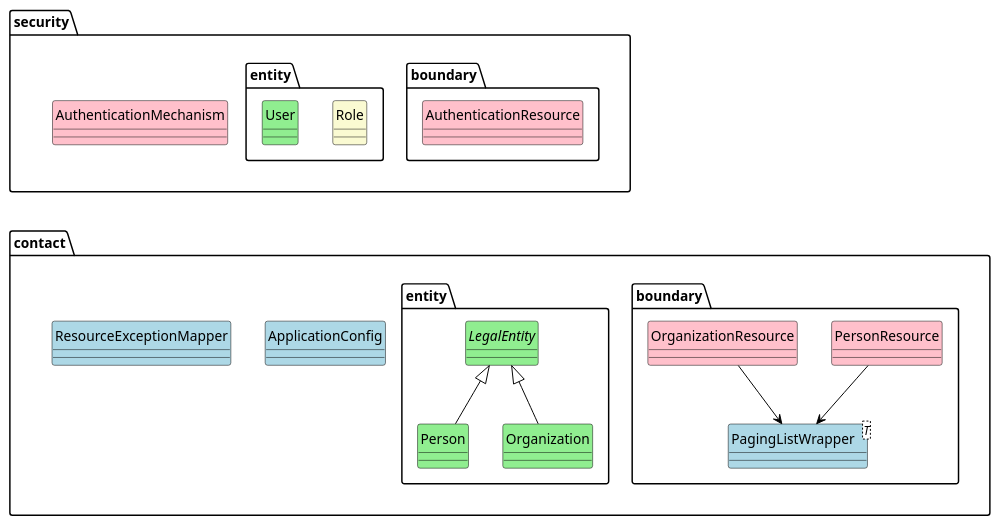
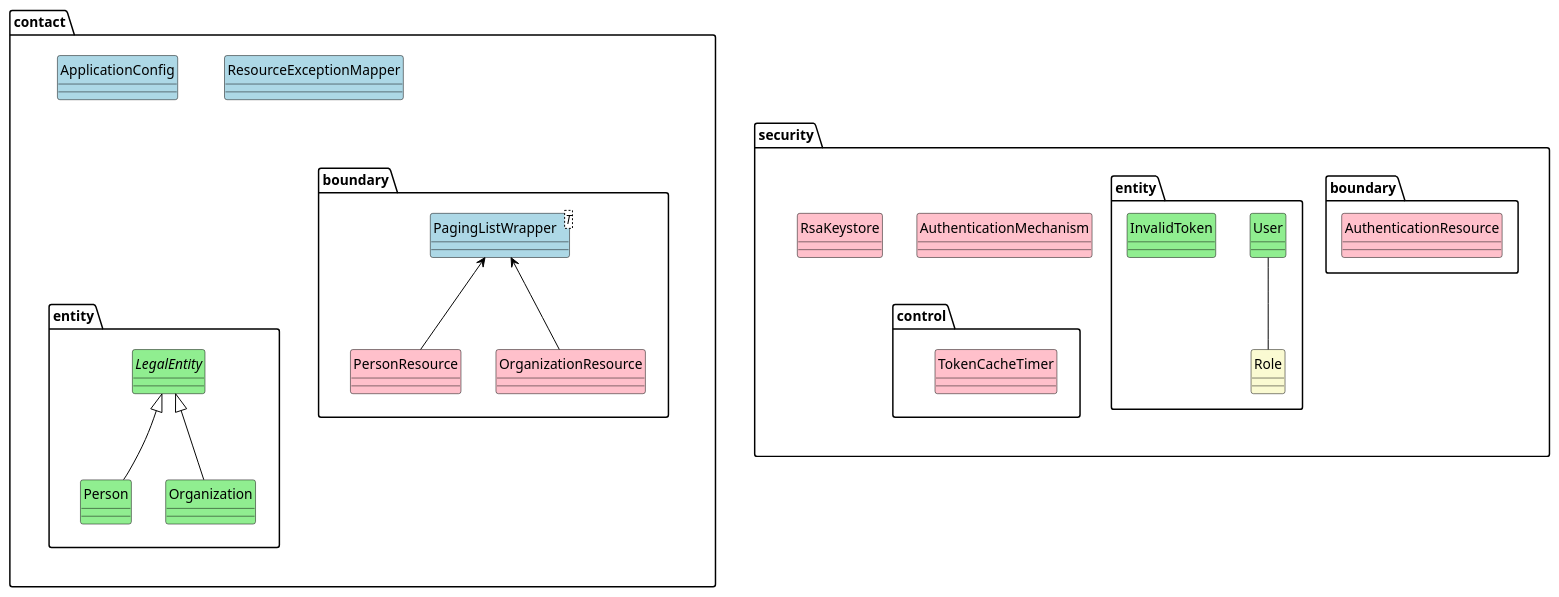
The diagram in diagrams/overview.puml (nderwin/lee7), drawn with PlantUML before and after one commit. The commit also changed 1 other file, not shown here.

Commit message:
- diagram formatting

```diff
--- a/diagrams/overview.puml
+++ b/diagrams/overview.puml
@@ -1,54 +1,70 @@
 @startuml
 
 hide circle
 hide stereotype
 
 skinparam class {
     ArrowColor black
     BackgroundColor white
     BackgroundColor<<Description>> lightblue
     BackgroundColor<<MomentInterval>> pink
     BackgroundColor<<Role>> lightgoldenrodyellow
     BackgroundColor<<PersonPlaceThing>> lightgreen
     BorderColor black
 }
 
-namespace contact <<Folder>> {
+namespace contact {
     class ApplicationConfig<<Description>>
     class ResourceExceptionMapper<<Description>>
+
+    ResourceExceptionMapper -[hidden]left- ApplicationConfig
+    entity -[hidden]up- ApplicationConfig
+    boundary -[hidden]up- ResourceExceptionMapper
     
-    namespace boundary <<Folder>> {
+    namespace boundary {
         class PersonResource<<MomentInterval>>
         class OrganizationResource<<MomentInterval>>
         class PagingListWrapper<T><<Description>>
 
-        PersonResource --> PagingListWrapper
-        OrganizationResource --> PagingListWrapper
+        PagingListWrapper <-- PersonResource
+        PagingListWrapper <-- OrganizationResource
     }
 
-    namespace entity <<Folder>> {
+    namespace entity {
         abstract class LegalEntity<<PersonPlaceThing>>
         class Person<<PersonPlaceThing>>
         class Organization<<PersonPlaceThing>>
 
         LegalEntity <|-- Person
         LegalEntity <|-- Organization
     }
 }
 
-namespace security <<Folder>> {
+namespace security {
     class AuthenticationMechanism<<MomentInterval>>
+    class RsaKeystore<<MomentInterval>>
 
-    namespace boundary <<Folder>> {
+    control -[hidden]up- AuthenticationMechanism
+    boundary -[hidden]up- AuthenticationMechanism
+    entity -[hidden]up- boundary
+
+    namespace boundary {
         class AuthenticationResource<<MomentInterval>>
     }
 
-    namespace entity <<Folder>> {
+    namespace control {
+        class TokenCacheTimer<<MomentInterval>>
+    }
+
+    namespace entity {
         class Role<<Role>>
         class User<<PersonPlaceThing>>
+        class InvalidToken<<PersonPlaceThing>>
+
+        User -- Role
     }
 }
 
-security -[hidden]- contact
+contact -[hidden]- security
 
 @enduml
```
